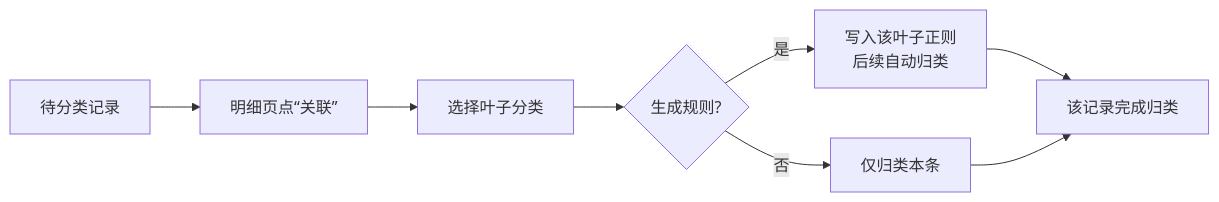
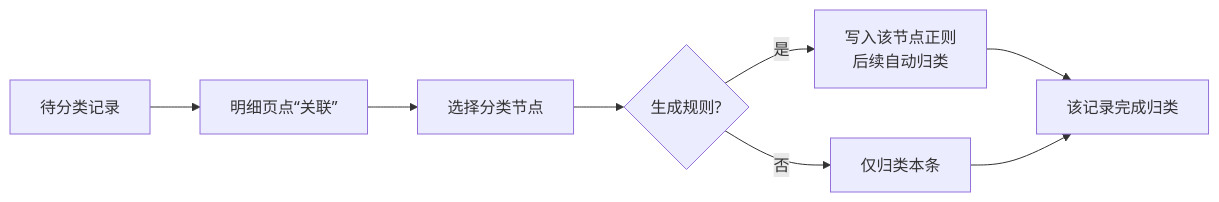
The third of 4 diagrams in docs/ledger_interaction_design.md (mutouyun/almanac), drawn with Mermaid before and after one commit. The commit also changed other lines of this file and 2 other files, not shown here.

````diff
--- a/docs/ledger_interaction_design.md
+++ b/docs/ledger_interaction_design.md
@@ -177,10 +177,10 @@
 ```mermaid
 flowchart LR
     A[待分类记录] --> B[明细页点“关联”]
-    B --> C[选择叶子分类]
+    B --> C[选择分类节点]
     C --> D{生成规则?}
-    D -- 是 --> E[写入该叶子正则\n后续自动归类]
+    D -- 是 --> E[写入该节点正则\n后续自动归类]
     D -- 否 --> F[仅归类本条]
     E --> G[该记录完成归类]
     F --> G
 ```
````
